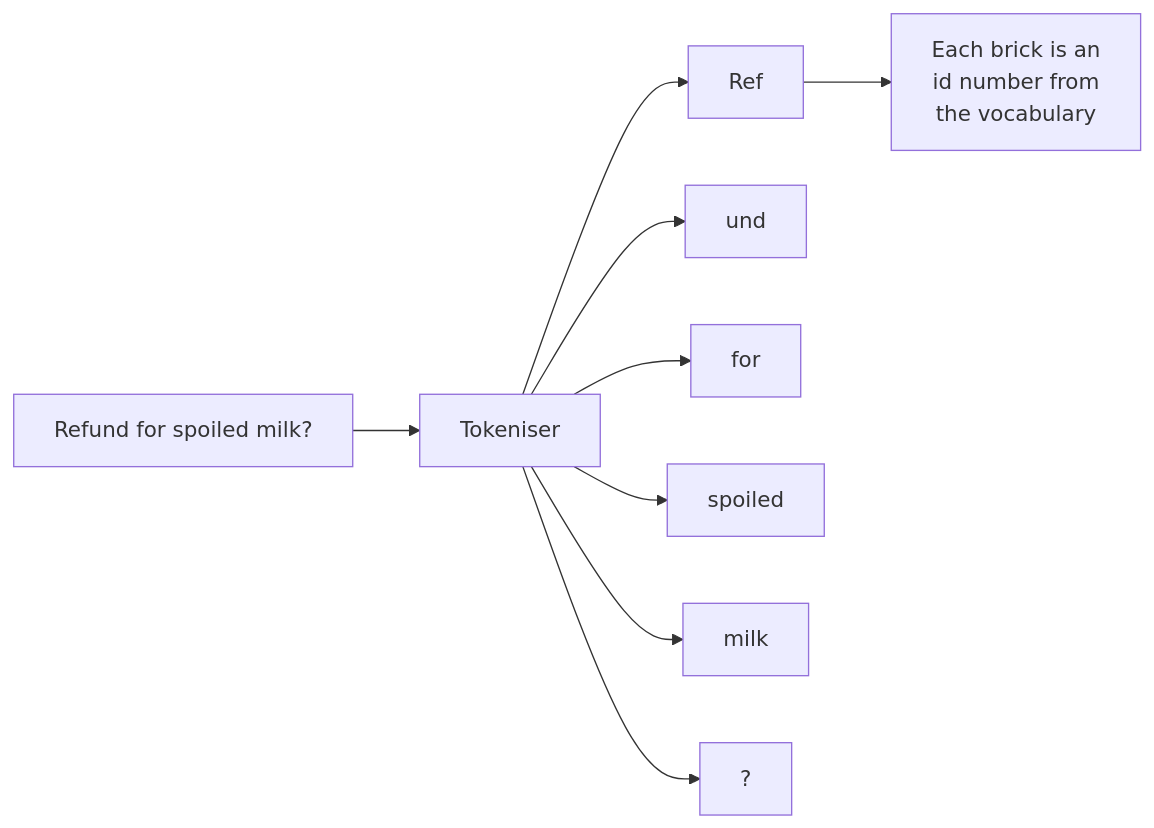
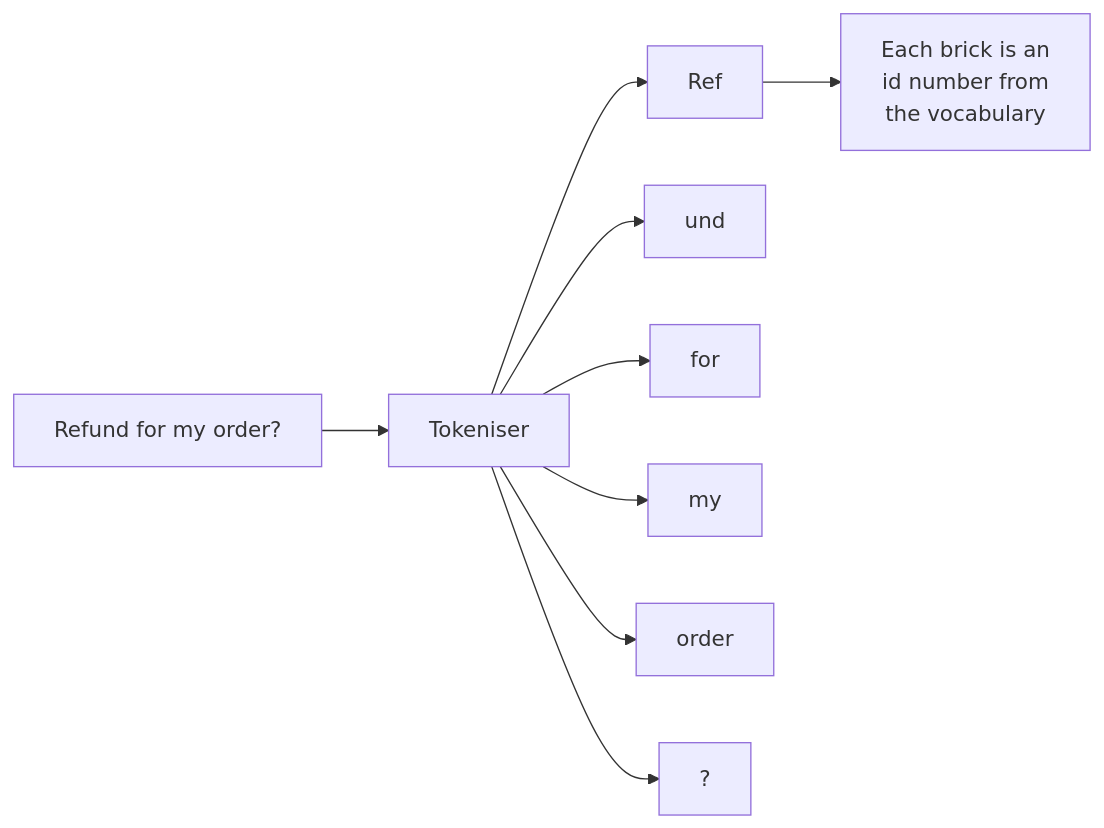
Before and after one commit to shubamchaudhary/CodeNITW: the second of 8 diagrams in src/Data/aiStackDocs/CH-01.md, drawn with Mermaid. The commit also changed other lines of this file and 32 other files, not shown here.

````diff
--- a/src/Data/aiStackDocs/CH-01.md
+++ b/src/Data/aiStackDocs/CH-01.md
@@ -49,11 +49,11 @@
 ```mermaid
 flowchart LR
-    T["Refund for spoiled milk?"] --> TK["Tokeniser"]
+    T["Refund for my order?"] --> TK["Tokeniser"]
     TK --> B1["Ref"]
     TK --> B2["und"]
     TK --> B3[" for"]
-    TK --> B4[" spoiled"]
-    TK --> B5[" milk"]
+    TK --> B4[" my"]
+    TK --> B5[" order"]
     TK --> B6["?"]
     B1 --> ID["Each brick is an<br/>id number from<br/>the vocabulary"]
 ```
````
